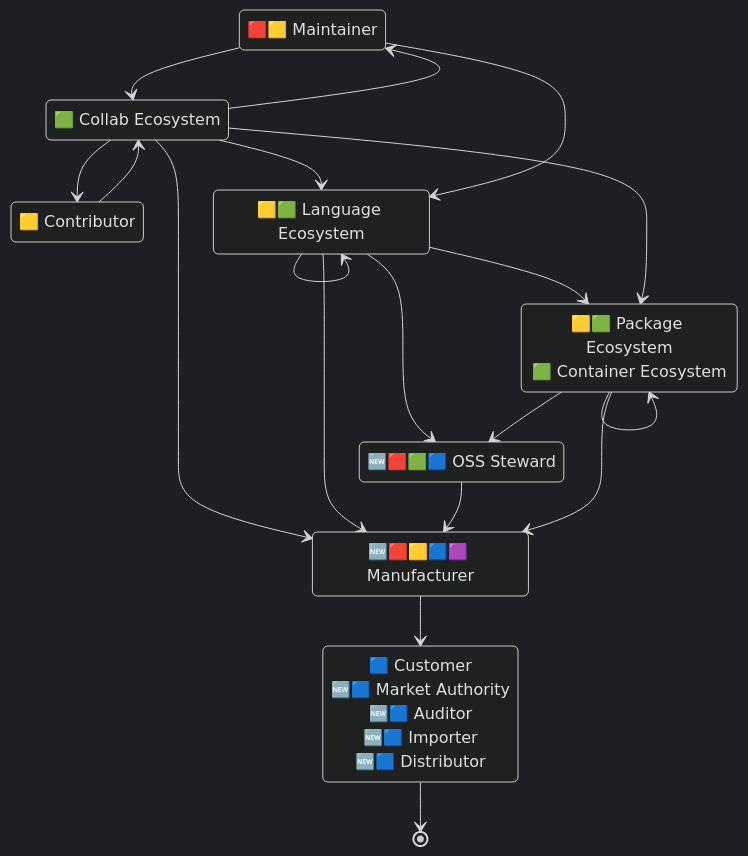
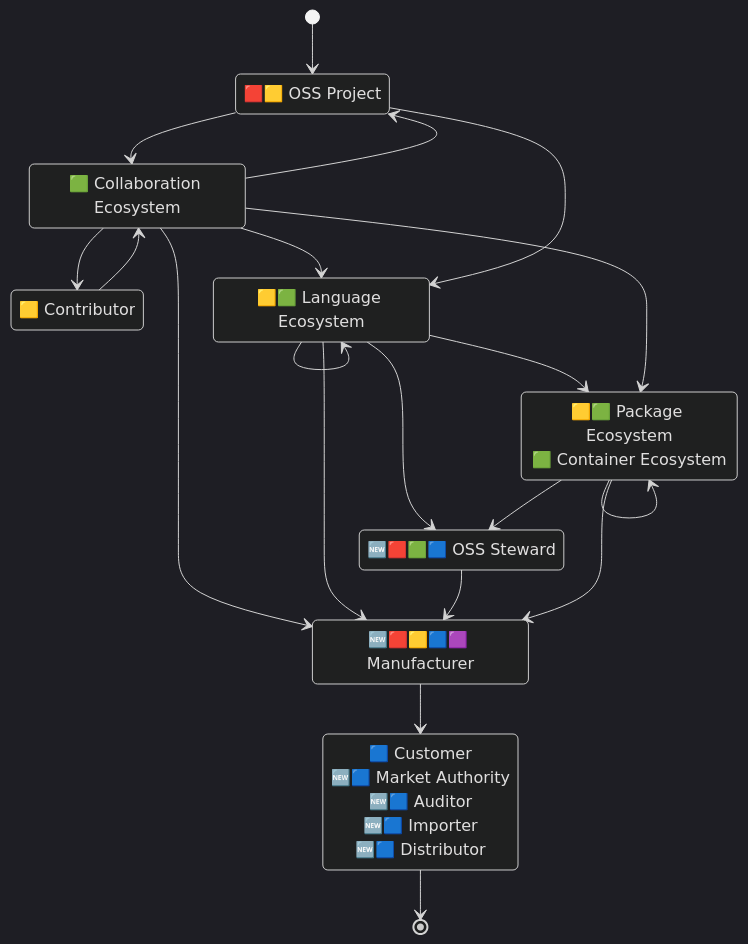
Before and after one commit to CPAN-Security/security.metacpan.org: the second of 5 diagrams in docs/supplychain-sbom.md, drawn with Mermaid (dark theme). The commit also changed other lines of this file and 1 other file, not shown here.

Commit message:
Sync up graphs, so they use similar terms

````diff
--- a/docs/supplychain-sbom.md
+++ b/docs/supplychain-sbom.md
@@ -126,43 +126,43 @@
 ```mermaid
 stateDiagram-v2
     direction TB
 
-    state "🟥🟨 Maintainer" as environment_maintainer
+    state "🟥🟨 OSS Project" as environment_opensource
     state "🟨 Contributor" as environment_contributor
-    state "🟩 Collab Ecosystem" as ecosystem_repo
+    state "🟩 Collaboration Ecosystem" as ecosystem_repo
     state "🟨🟩 Language Ecosystem" as ecosystem_lang
     state "🟨🟩 Package Ecosystem<br>🟩 Container Ecosystem" as ecosystem_package
     %%state "🟨🟩 Package Ecosystem" as ecosystem_package
     %%state "🟩 Container Ecosystem" as ecosystem_container
     state "🆕🟥🟩🟦 OSS Steward" as ecosystem_steward
     state "🆕🟥🟨🟦🟪 Manufacturer" as environment_manufacturer
     state "🟦 Customer<br>🆕🟦 Market Authority<br>🆕🟦 Auditor<br>🆕🟦 Importer<br>🆕🟦 Distributor" as authority_auditor
 
-    %%[*]                      --> environment_maintainer
-    ecosystem_repo           --> environment_maintainer
+    [*]                      --> environment_opensource
+    ecosystem_repo           --> environment_opensource
     ecosystem_lang           --> ecosystem_package
     ecosystem_repo           --> ecosystem_package
     ecosystem_repo           --> ecosystem_lang
     %%ecosystem_repo           --> ecosystem_container
     ecosystem_repo           --> environment_manufacturer
     ecosystem_repo           --> environment_contributor
     environment_contributor  --> ecosystem_repo
-    environment_maintainer   --> ecosystem_lang
-    environment_maintainer   --> ecosystem_repo
+    environment_opensource   --> ecosystem_lang
+    environment_opensource   --> ecosystem_repo
     %%ecosystem_package        --> ecosystem_container
     %%ecosystem_lang           --> ecosystem_container
     ecosystem_lang           --> ecosystem_steward
     ecosystem_lang           --> environment_manufacturer
     ecosystem_steward        --> environment_manufacturer
     ecosystem_package        --> ecosystem_steward
     %%ecosystem_container      --> ecosystem_steward
     environment_manufacturer --> authority_auditor
     %%ecosystem_container      --> environment_manufacturer
     ecosystem_package        --> environment_manufacturer
     ecosystem_lang           --> ecosystem_lang
     ecosystem_package        --> ecosystem_package
     authority_auditor        --> [*]
 
     %% Copyright © 2025 Salve J. Nilsen <sjn@oslo.pm>
     %% Some rights reserved. Licensed CC-BY-SA-4.0
 ```
````
